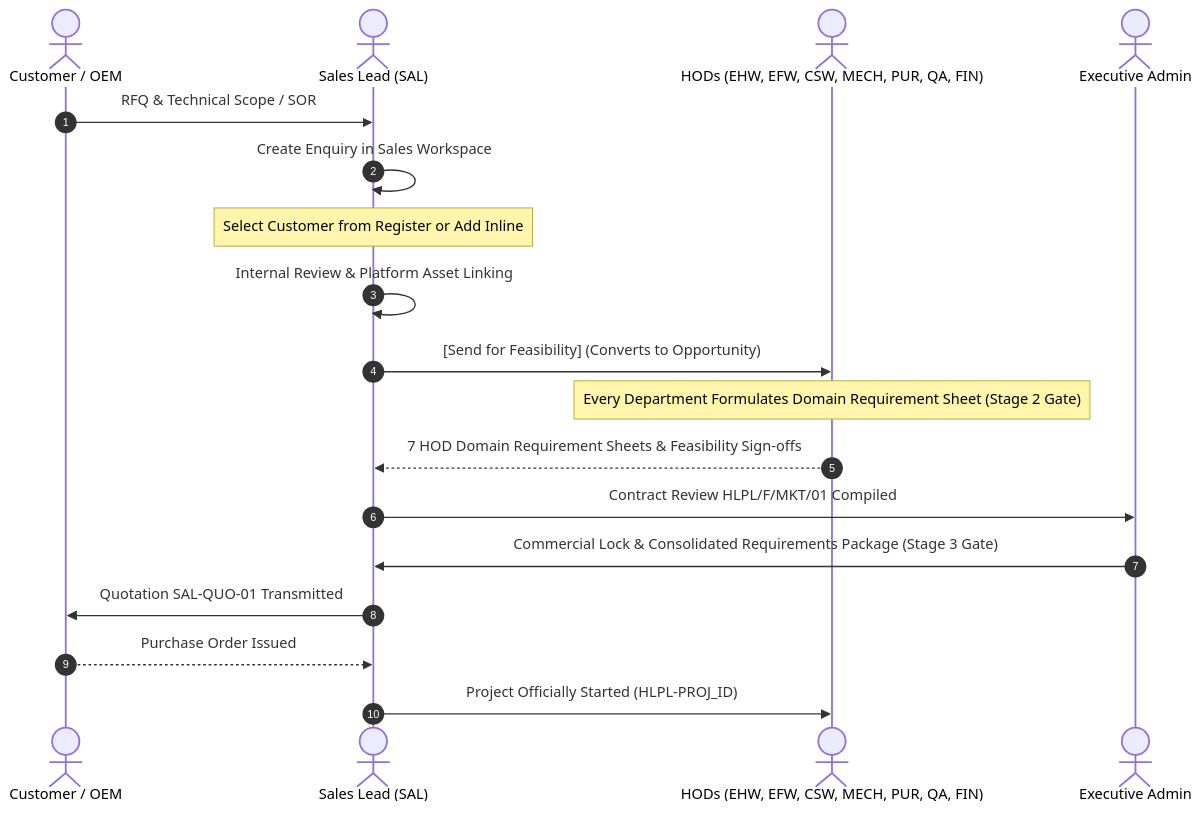
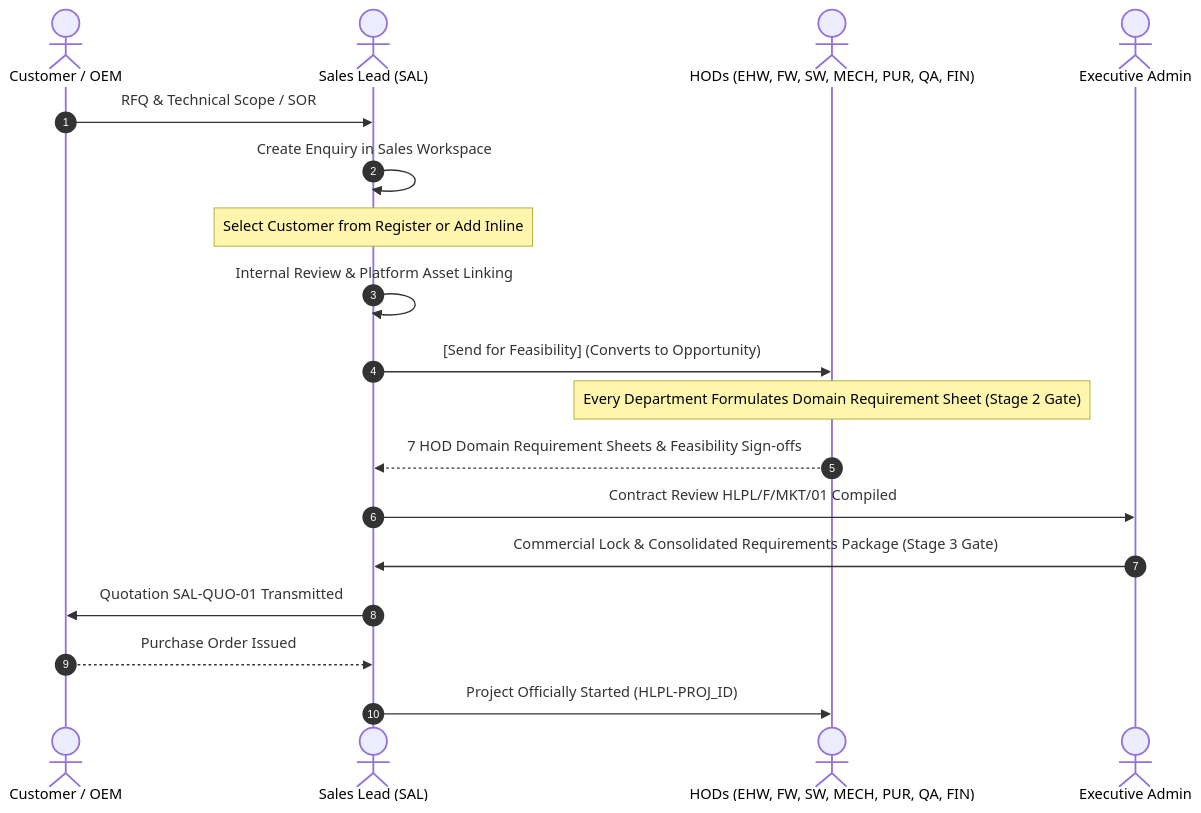
The third of 4 diagrams in SSM_ONE_WEB_PORTAL_MASTER_PLAN.md (narendok/seven-seas-portal), drawn with Mermaid before and after one commit. The commit also changed other lines of this file and 18 other files, not shown here.

````diff
--- a/SSM_ONE_WEB_PORTAL_MASTER_PLAN.md
+++ b/SSM_ONE_WEB_PORTAL_MASTER_PLAN.md
@@ -240,21 +240,21 @@
 ```mermaid
 sequenceDiagram
     autonumber
     actor Customer as Customer / OEM
     actor Sales as Sales Lead (SAL)
-    actor Engineering as HODs (EHW, EFW, CSW, MECH, PUR, QA, FIN)
+    actor Engineering as HODs (EHW, FW, SW, MECH, PUR, QA, FIN)
     actor Admin as Executive Admin
 
     Customer->>Sales: RFQ & Technical Scope / SOR
     Sales->>Sales: Create Enquiry in Sales Workspace
     Note over Sales: Select Customer from Register or Add Inline
     Sales->>Sales: Internal Review & Platform Asset Linking
     Sales->>Engineering: [Send for Feasibility] (Converts to Opportunity)
     Note over Engineering: Every Department Formulates Domain Requirement Sheet (Stage 2 Gate)
     Engineering-->>Sales: 7 HOD Domain Requirement Sheets & Feasibility Sign-offs
     Sales->>Admin: Contract Review HLPL/F/MKT/01 Compiled
     Admin->>Sales: Commercial Lock & Consolidated Requirements Package (Stage 3 Gate)
     Sales->>Customer: Quotation SAL-QUO-01 Transmitted
     Customer-->>Sales: Purchase Order Issued
     Sales->>Engineering: Project Officially Started (HLPL-PROJ_ID)
 ```
````
